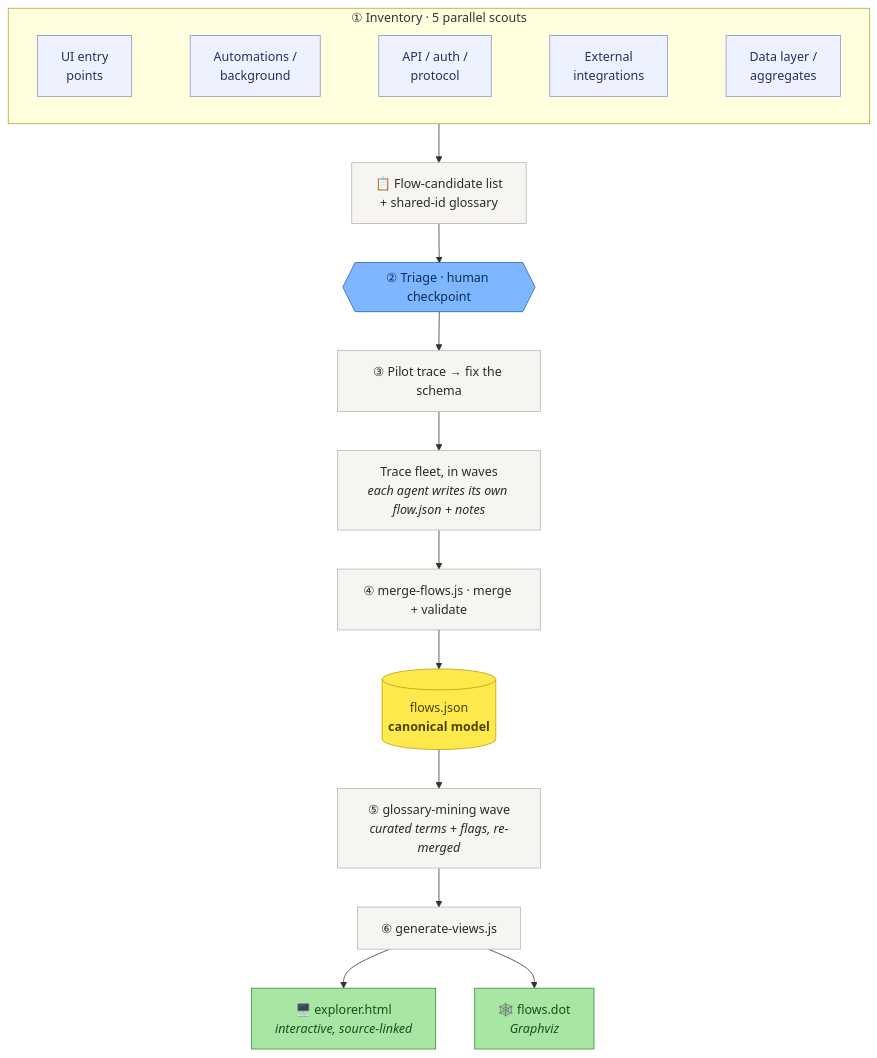
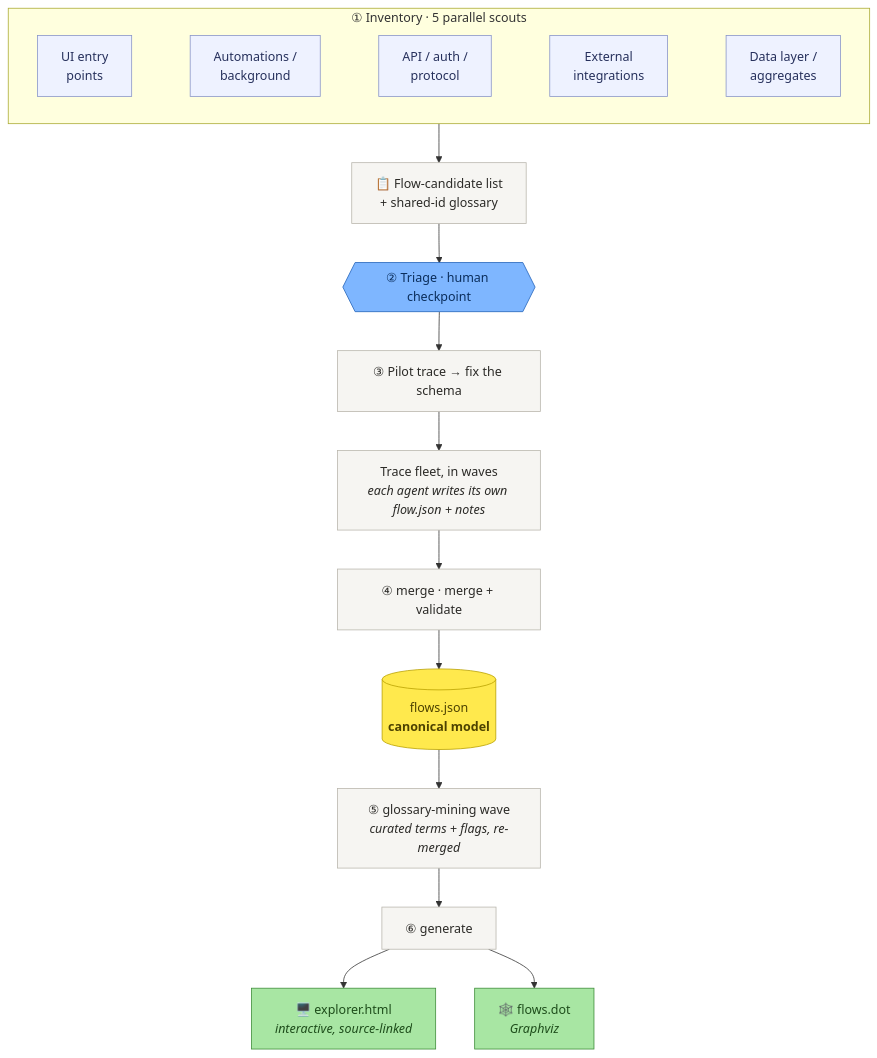
One commit to bhastings-t3/event-storming-recovery changed the diagram in README.md. Above: the diagram before and after it, drawn with Mermaid. The commit also changed other lines of this file and 1 other file, not shown here.

````diff
--- a/README.md
+++ b/README.md
@@ -115,38 +36,38 @@
 ```mermaid
 flowchart TB
     subgraph scouts["① Inventory · 5 parallel scouts"]
         direction LR
         S1[UI entry<br/>points]
         S2[Automations /<br/>background]
         S3[API / auth /<br/>protocol]
         S4[External<br/>integrations]
         S5[Data layer /<br/>aggregates]
         S1 ~~~ S2 ~~~ S3 ~~~ S4 ~~~ S5
     end
 
     inv["📋 Flow-candidate list<br/>+ shared-id glossary"]
     triage{{"② Triage · human checkpoint"}}
     pilot["③ Pilot trace → fix the schema"]
     fleet["Trace fleet, in waves<br/><i>each agent writes its own flow.json + notes</i>"]
-    merge["④ merge-flows.js · merge + validate"]
+    merge["④ merge · merge + validate"]
     canon[("flows.json<br/><b>canonical model</b>")]
     glossary["⑤ glossary-mining wave<br/><i>curated terms + flags, re-merged</i>"]
-    gen["⑥ generate-views.js"]
+    gen["⑥ generate"]
     explorer["🖥️ explorer.html<br/><i>interactive, source-linked</i>"]
     dot["🕸️ flows.dot<br/><i>Graphviz</i>"]
 
     scouts --> inv --> triage --> pilot --> fleet --> merge --> canon --> glossary --> gen
     gen --> explorer
     gen --> dot
 
     classDef scout fill:#eef2ff,stroke:#8894c8,color:#26305c;
     classDef human fill:#7EB6FF,stroke:#2262b8,color:#0b2e5c;
     classDef canon fill:#FFE94D,stroke:#b8a000,color:#4d4200;
     classDef output fill:#A8E6A3,stroke:#3d8c38,color:#1e4d1b;
     classDef step fill:#f6f5f2,stroke:#b9b6ad,color:#2b2a27;
     class S1,S2,S3,S4,S5 scout;
     class triage human;
     class canon canon;
     class explorer,dot output;
     class inv,pilot,fleet,merge,glossary,gen step;
 ```
````
